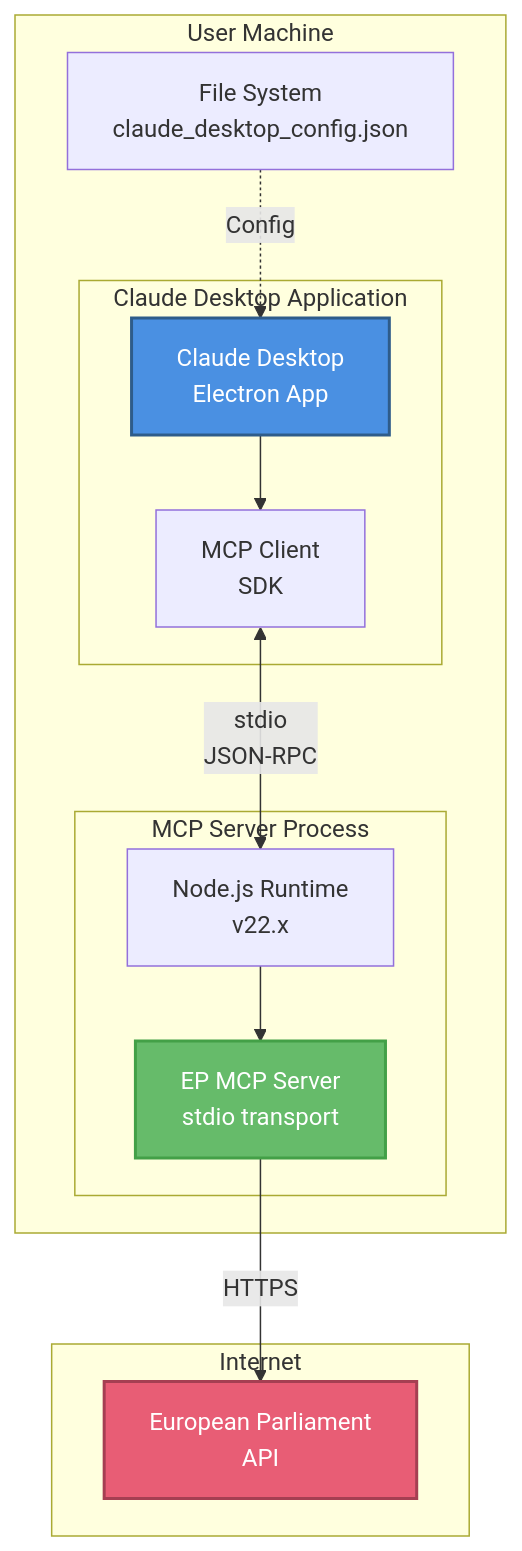
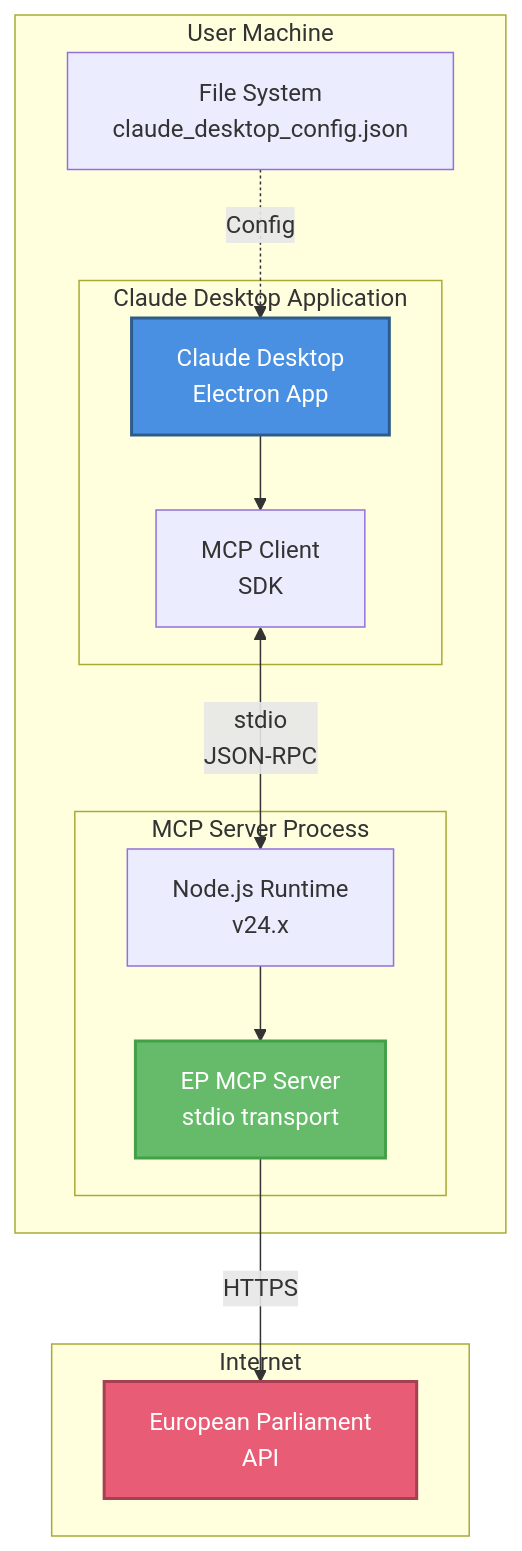
Before and after one commit to Hack23/European-Parliament-MCP-Server: the tenth of 14 diagrams in ARCHITECTURE_DIAGRAMS.md, drawn with Mermaid. The commit also changed other lines of this file and 22 other files, not shown here.

````diff
--- a/ARCHITECTURE_DIAGRAMS.md
+++ b/ARCHITECTURE_DIAGRAMS.md
@@ -657,30 +657,30 @@
 ```mermaid
 graph TB
     subgraph "User Machine"
         subgraph "Claude Desktop Application"
             CLAUDE[Claude Desktop<br/>Electron App]
             MCP_CLIENT[MCP Client<br/>SDK]
         end
         
         subgraph "MCP Server Process"
-            NODE[Node.js Runtime<br/>v22.x]
+            NODE[Node.js Runtime<br/>v24.x]
             SERVER[EP MCP Server<br/>stdio transport]
         end
         
         FS[File System<br/>claude_desktop_config.json]
     end
     
     subgraph "Internet"
         EP_API[European Parliament<br/>API]
     end
     
     FS -.->|Config| CLAUDE
     CLAUDE --> MCP_CLIENT
     MCP_CLIENT <-->|stdio<br/>JSON-RPC| NODE
     NODE --> SERVER
     SERVER -->|HTTPS| EP_API
     
     style CLAUDE fill:#4A90E2,stroke:#2E5C8A,stroke-width:2px,color:#fff
     style SERVER fill:#66BB6A,stroke:#43A047,stroke-width:2px,color:#fff
     style EP_API fill:#E85D75,stroke:#A53F52,stroke-width:2px,color:#fff
 ```
````
